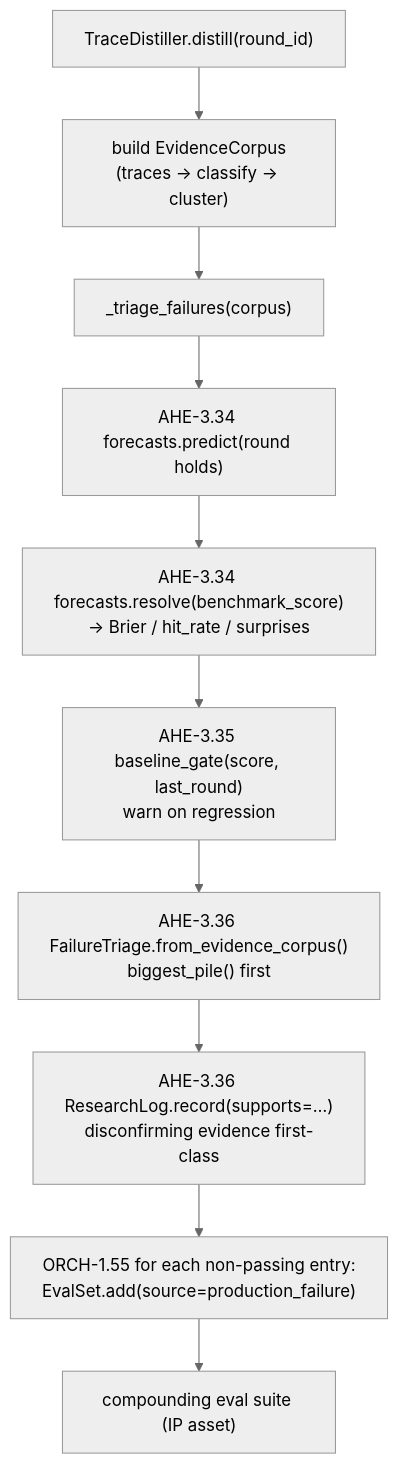
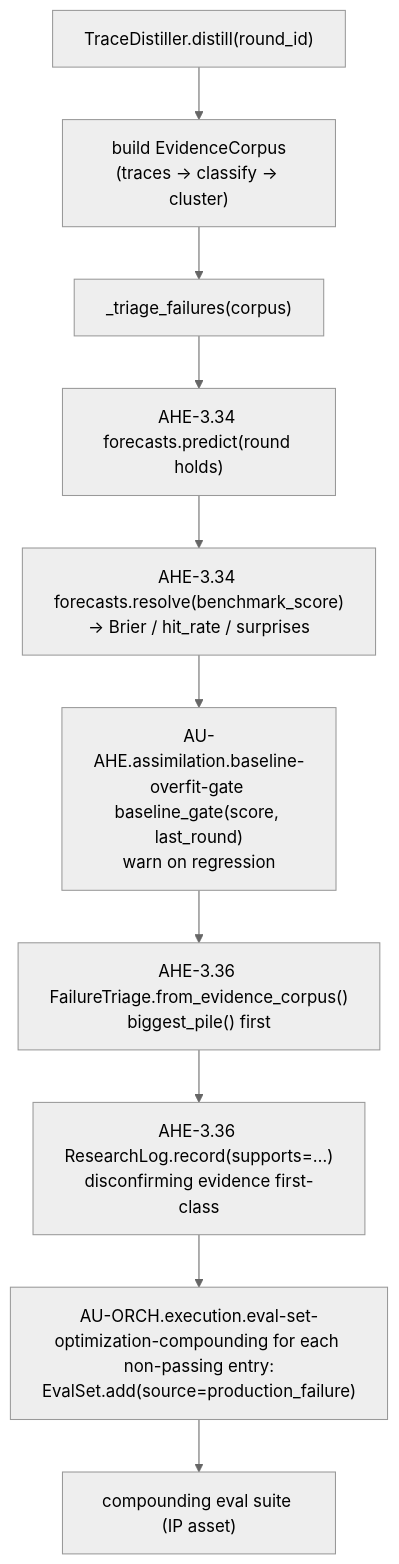
The fifth of 8 diagrams in docs/architecture/multi_source_assimilation.md (Knuckles-Team/agent-utilities), drawn with Mermaid (neutral theme) before and after one commit. The commit also changed other lines of this file and 2324 other files, not shown here.

````diff
--- a/docs/architecture/multi_source_assimilation.md
+++ b/docs/architecture/multi_source_assimilation.md
@@ -275,13 +275,13 @@
 ```mermaid
 flowchart TD
     D["TraceDistiller.distill(round_id)"] --> CORP["build EvidenceCorpus<br/>(traces → classify → cluster)"]
     CORP --> TR["_triage_failures(corpus)"]
 
     TR --> F1["AHE-3.34 forecasts.predict(round holds)"]
     F1 --> F2["AHE-3.34 forecasts.resolve(benchmark_score)<br/>→ Brier / hit_rate / surprises"]
-    F2 --> BG["AHE-3.35 baseline_gate(score, last_round)<br/>warn on regression"]
+    F2 --> BG["AU-AHE.assimilation.baseline-overfit-gate baseline_gate(score, last_round)<br/>warn on regression"]
     BG --> TG["AHE-3.36 FailureTriage.from_evidence_corpus()<br/>biggest_pile() first"]
     TG --> LOG["AHE-3.36 ResearchLog.record(supports=…)<br/>disconfirming evidence first-class"]
-    LOG --> EVG["ORCH-1.55 for each non-passing entry:<br/>EvalSet.add(source=production_failure)"]
+    LOG --> EVG["AU-ORCH.execution.eval-set-optimization-compounding for each non-passing entry:<br/>EvalSet.add(source=production_failure)"]
     EVG --> GROW["compounding eval suite (IP asset)"]
 ```
````
